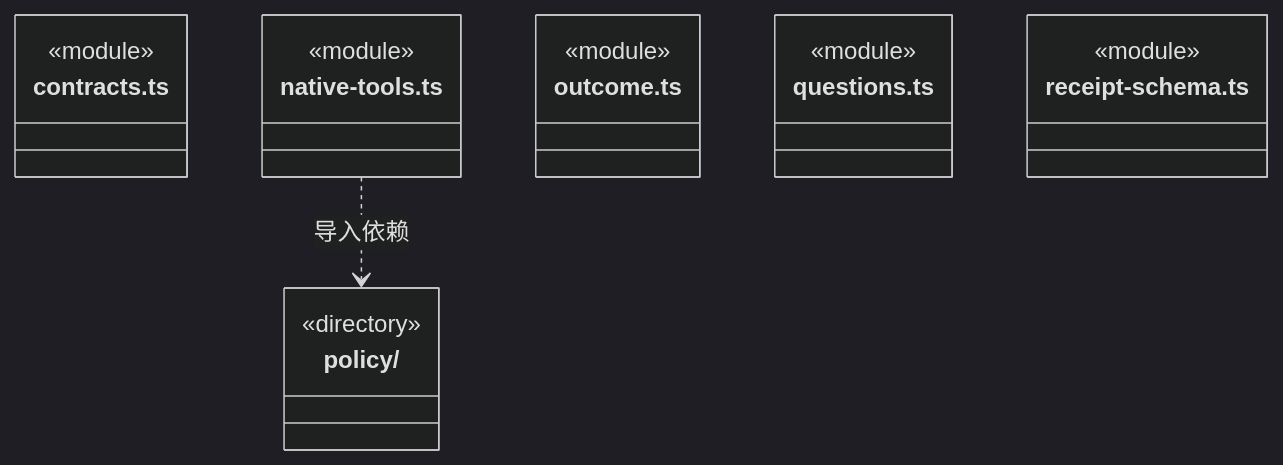
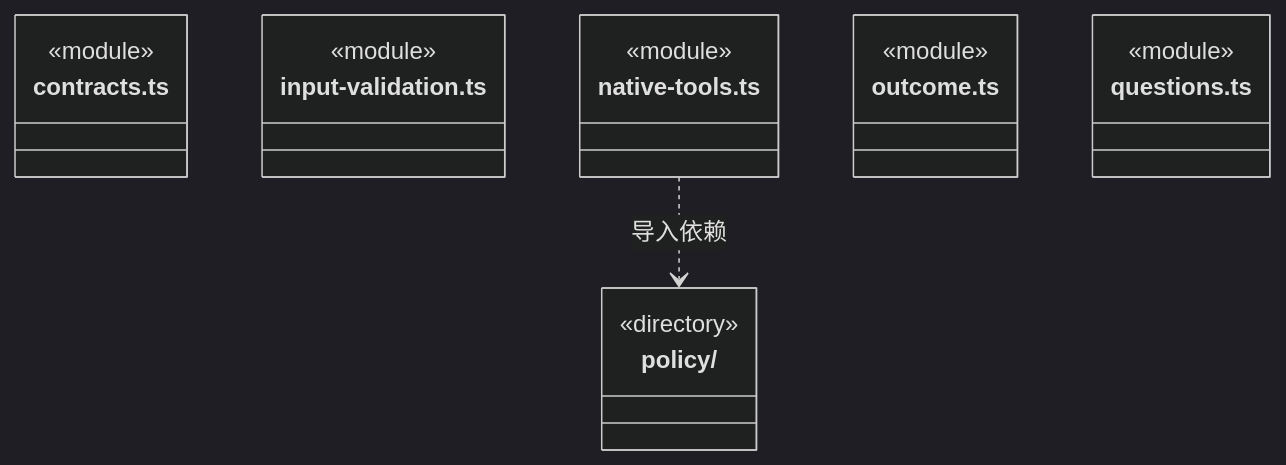
Before and after one commit to nan023062/cbim: the first of 9 diagrams in src/backend/core/tools/ARCHITECTURE.md, drawn with Mermaid (dark theme). The commit also changed other lines of this file and 27 other files, not shown here.

````diff
--- a/src/backend/core/tools/ARCHITECTURE.md
+++ b/src/backend/core/tools/ARCHITECTURE.md
@@ -26,22 +27,22 @@
 ```mermaid
 classDiagram
 class N_src_backend_core_tools_policy["policy/"] {
   <<directory>>
 }
 class N_src_backend_core_tools_contracts_ts["contracts.ts"] {
+  <<module>>
+}
+class N_src_backend_core_tools_input_validation_ts["input-validation.ts"] {
   <<module>>
 }
 class N_src_backend_core_tools_native_tools_ts["native-tools.ts"] {
   <<module>>
 }
 class N_src_backend_core_tools_outcome_ts["outcome.ts"] {
   <<module>>
 }
 class N_src_backend_core_tools_questions_ts["questions.ts"] {
   <<module>>
 }
-class N_src_backend_core_tools_receipt_schema_ts["receipt-schema.ts"] {
-  <<module>>
-}
 N_src_backend_core_tools_native_tools_ts ..> N_src_backend_core_tools_policy : 导入依赖
 ```
````
